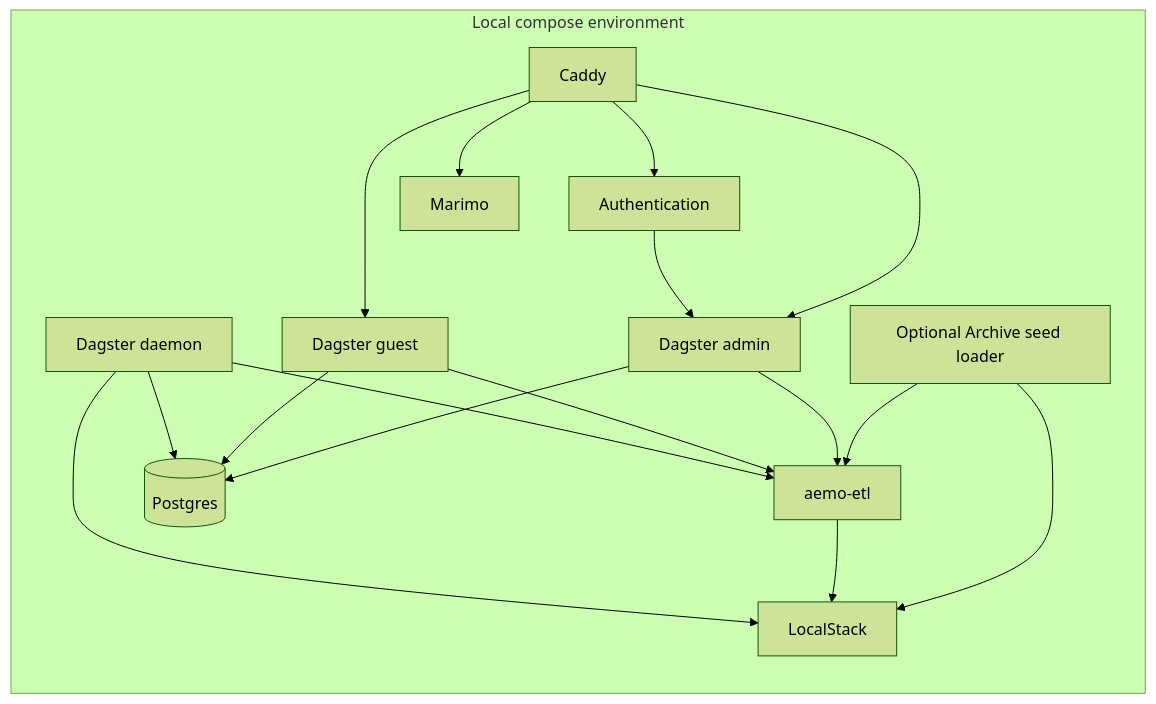
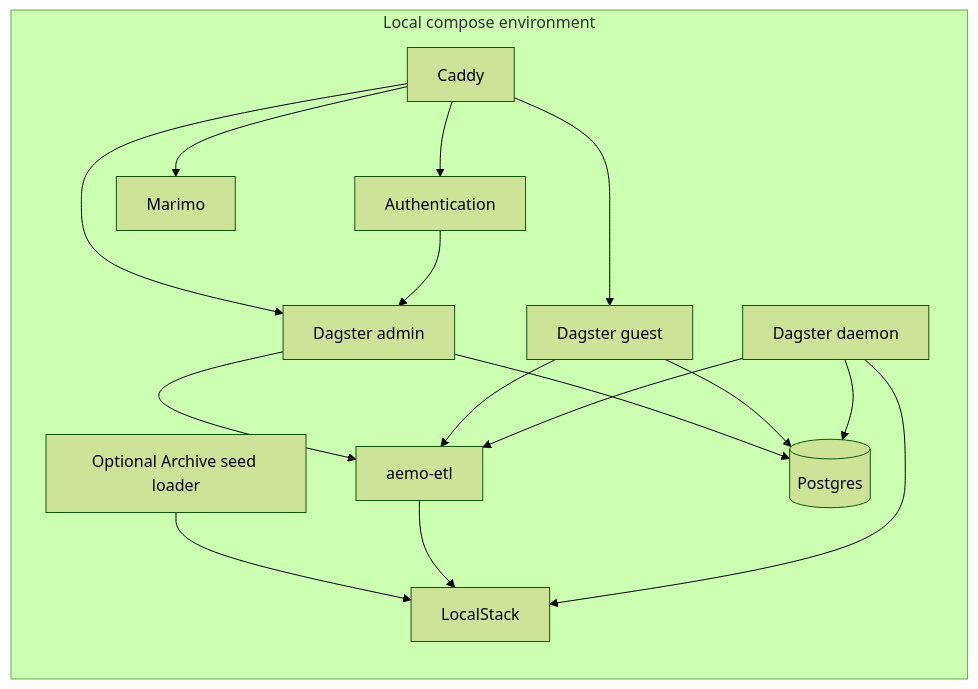
Before and after one commit to Chr1sC0de/energy-market-delta-lake: the second of 2 diagrams in docs/repository/architecture.md, drawn with Mermaid (forest theme). The commit also changed other lines of this file and 13 other files, not shown here.

````diff
--- a/docs/repository/architecture.md
+++ b/docs/repository/architecture.md
@@ -78,31 +78,30 @@
 ```mermaid
 flowchart LR
   subgraph Local[Local compose environment]
     CADDY[Caddy]
     AUTH[Authentication]
     ADMIN[Dagster admin]
     GUEST[Dagster guest]
     DAEMON[Dagster daemon]
     SEED[Optional Archive seed loader]
     USERCODE[aemo-etl]
     LS[LocalStack]
     PG[(Postgres)]
     MARIMO[Marimo]
   end
 
   CADDY --> AUTH
   CADDY --> ADMIN
   CADDY --> GUEST
   CADDY --> MARIMO
   AUTH --> ADMIN
   SEED --> LS
-  SEED --> USERCODE
   ADMIN --> USERCODE
   GUEST --> USERCODE
   DAEMON --> USERCODE
   USERCODE --> LS
   DAEMON --> LS
   ADMIN --> PG
   GUEST --> PG
   DAEMON --> PG
 ```
````
